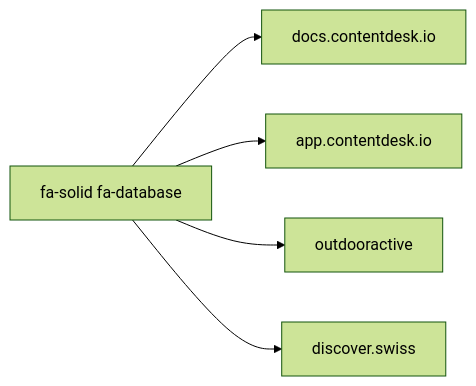
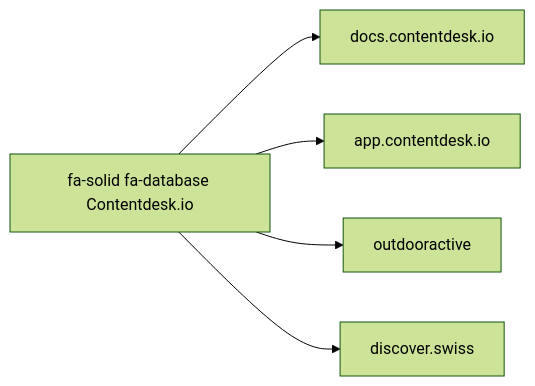
Before and after one commit to tsolenthaler/docs.contentdesk.io: the diagram in docs/dev/index.md, drawn with Mermaid (forest theme).

Commit message:
Refactor code to fix formatting issue in index.md

````diff
--- a/docs/dev/index.md
+++ b/docs/dev/index.md
@@ -5,8 +5,8 @@
 ``` mermaid
 flowchart LR
 
-    contentdesk[fa-solid fa-database]-->docs.contentdesk.io
+    contentdesk[fa-solid fa-database Contentdesk.io]-->docs.contentdesk.io
     contentdesk-->app.contentdesk.io
     contentdesk-->outdooractive
     contentdesk-->discover.swiss
 ```
````
